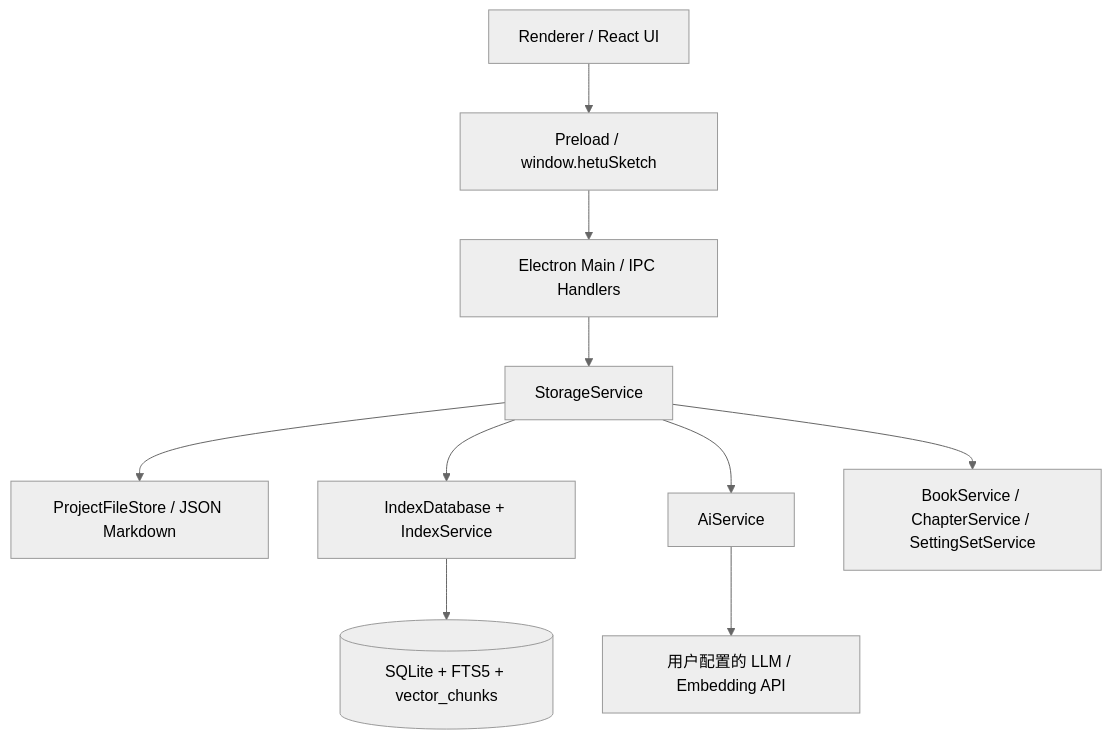
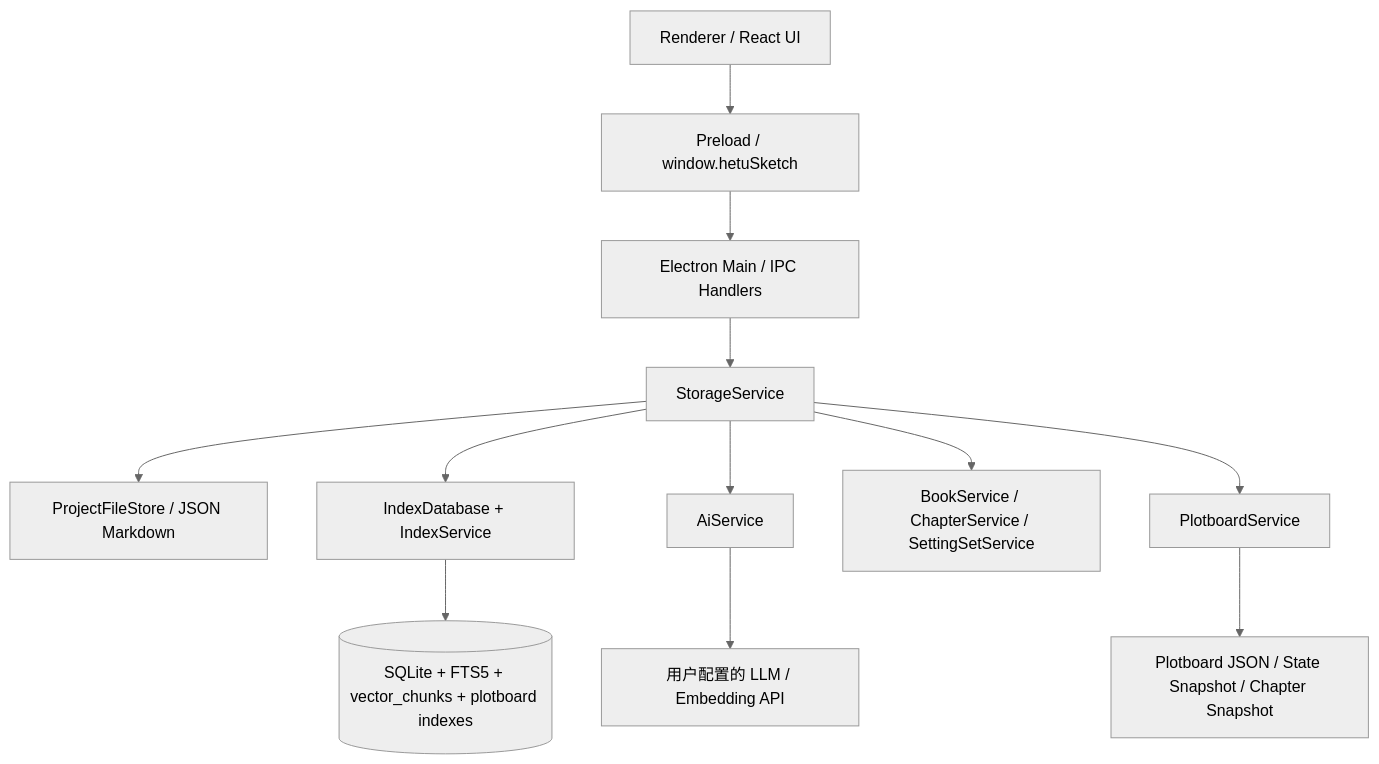
Before and after one commit to superwyq/HetuSketch: the diagram in docs/20-architecture/system-overview.md, drawn with Mermaid (neutral theme). The commit also changed other lines of this file and 57 other files, not shown here.

````diff
--- a/docs/20-architecture/system-overview.md
+++ b/docs/20-architecture/system-overview.md
@@ -15,12 +15,14 @@
 ```mermaid
 flowchart TB
   Renderer[Renderer / React UI] --> Preload[Preload / window.hetuSketch]
   Preload --> Main[Electron Main / IPC Handlers]
   Main --> Storage[StorageService]
   Storage --> FileStore[ProjectFileStore / JSON Markdown]
   Storage --> Index[IndexDatabase + IndexService]
   Storage --> AI[AiService]
   Storage --> Book[BookService / ChapterService / SettingSetService]
-  Index --> SQLite[(SQLite + FTS5 + vector_chunks)]
+  Storage --> Plotboard[PlotboardService]
+  Plotboard --> PlotFiles[Plotboard JSON / State Snapshot / Chapter Snapshot]
+  Index --> SQLite[(SQLite + FTS5 + vector_chunks + plotboard indexes)]
   AI --> External[用户配置的 LLM / Embedding API]
 ```
````
